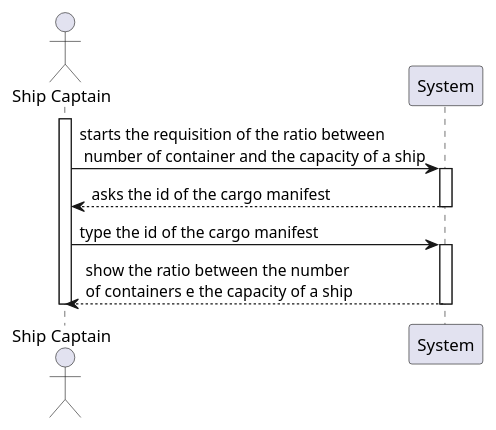
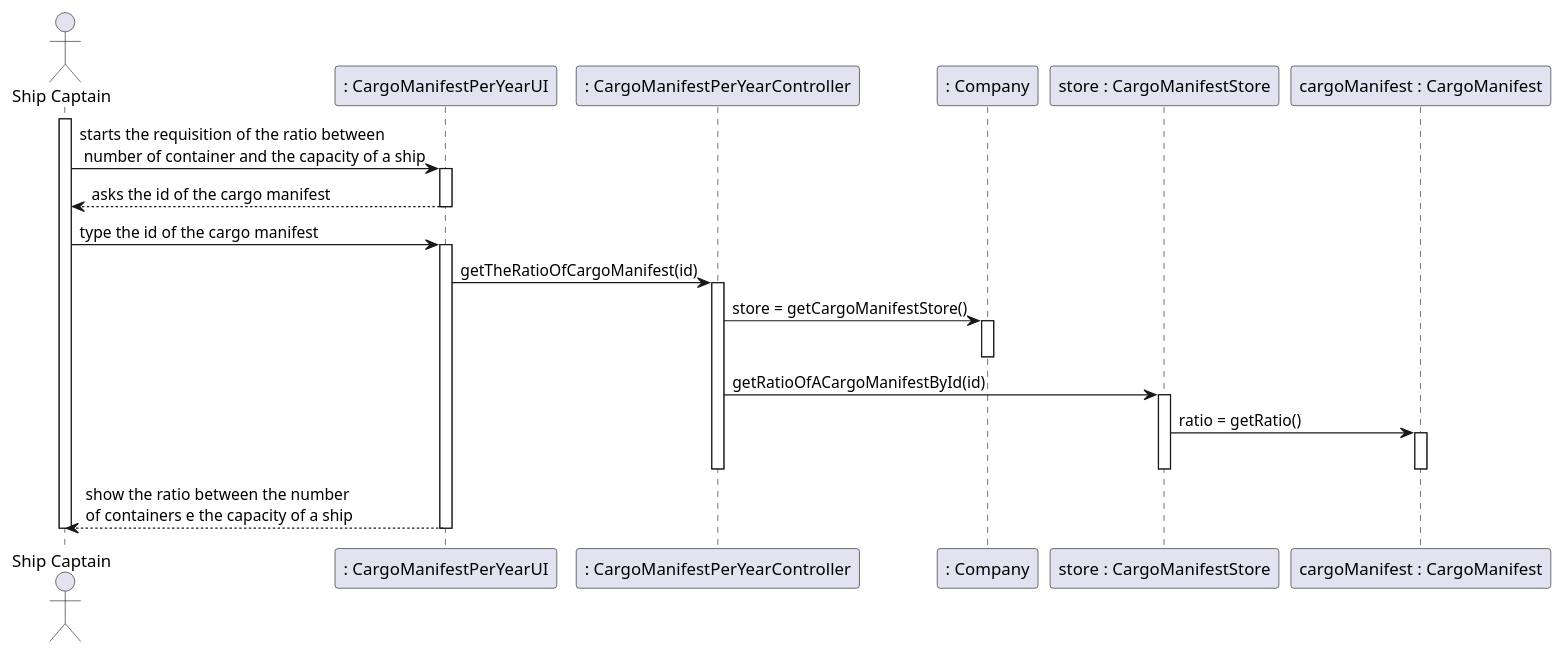
The diagram in docs/US208/SD_US208.puml (0franciscor/lapr3-2021-g042), drawn with PlantUML before and after one commit. The commit also changed 84 other files, not shown here.

```diff
--- a/docs/US208/SD_US208.puml
+++ b/docs/US208/SD_US208.puml
@@ -1,18 +1,36 @@
 @startuml
 'https://plantuml.com/sequence-diagram
+
 actor "Ship Captain" as SC
-participant "System" as SY
+participant ": CargoManifestPerYearUI" as UI
+participant ": CargoManifestPerYearController" as CT
+participant ": Company" as CP
+participant "store : CargoManifestStore" as ST
+participant "cargoManifest : CargoManifest" as CM
+
 
 activate SC
-SC->SY : starts the requisition of the ratio between\n number of container and the capacity of a ship
-activate SY
+SC->UI : starts the requisition of the ratio between\n number of container and the capacity of a ship
+activate UI
+UI --> SC : asks the id of the cargo manifest
+deactivate UI
+SC -> UI : type the id of the cargo manifest
+activate UI
+UI->CT : getTheRatioOfCargoManifest(id)
+activate CT
+CT-> CP : store = getCargoManifestStore()
+activate CP
+deactivate CP
+CT -> ST : getRatioOfACargoManifestById(id)
+activate ST
+ST -> CM : ratio = getRatio()
+activate CM
+deactivate CM
+deactivate ST
 
-SY --> SC : asks the id of the cargo manifest
-deactivate SY
-SC -> SY : type the id of the cargo manifest
-activate SY
-SY-->SC : show the ratio between the number \nof containers e the capacity of a ship
-deactivate SY
+deactivate CT
+UI-->SC : show the ratio between the number \nof containers e the capacity of a ship
+deactivate UI
 deactivate SC
 
 @enduml
```
